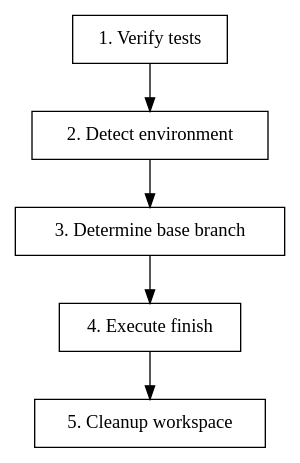
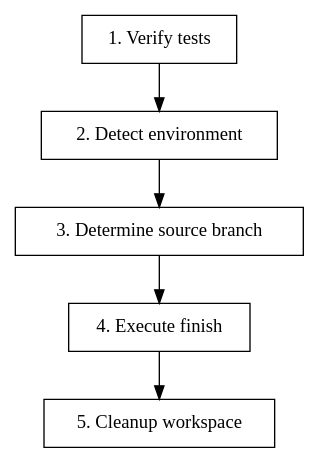
One commit to platootalp/claude-harness changed the diagram in plugins/superpowers-pro/skills/finishing-a-development-branch/SKILL.md. Above: the diagram before and after it, drawn with Graphviz. The commit also changed other lines of this file, not shown here.

Commit message:
feat(finishing): rewrite Step 3 to read source branch from worktree metadata

````diff
--- a/plugins/superpowers-pro/skills/finishing-a-development-branch/SKILL.md
+++ b/plugins/superpowers-pro/skills/finishing-a-development-branch/SKILL.md
@@ -27,15 +27,15 @@
 ```dot
 digraph finish {
     rankdir=TB;
     "1. Verify tests" [shape=box];
     "2. Detect environment" [shape=box];
-    "3. Determine base branch" [shape=box];
+    "3. Determine source branch" [shape=box];
     "4. Execute finish" [shape=box];
     "5. Cleanup workspace" [shape=box];
 
     "1. Verify tests" -> "2. Detect environment";
-    "2. Detect environment" -> "3. Determine base branch";
-    "3. Determine base branch" -> "4. Execute finish";
+    "2. Detect environment" -> "3. Determine source branch";
+    "3. Determine source branch" -> "4. Execute finish";
     "4. Execute finish" -> "5. Cleanup workspace";
 }
 ```
````
